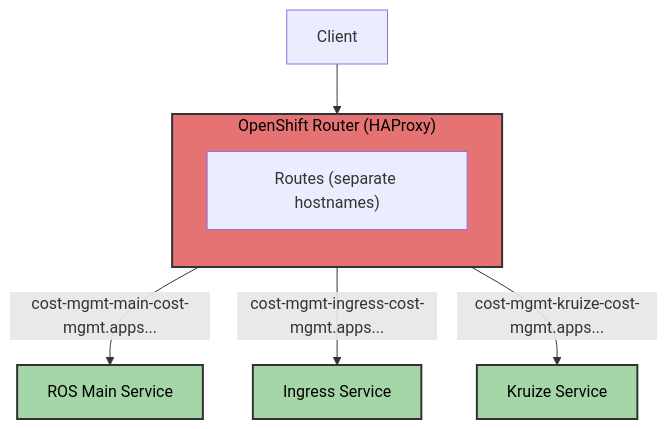
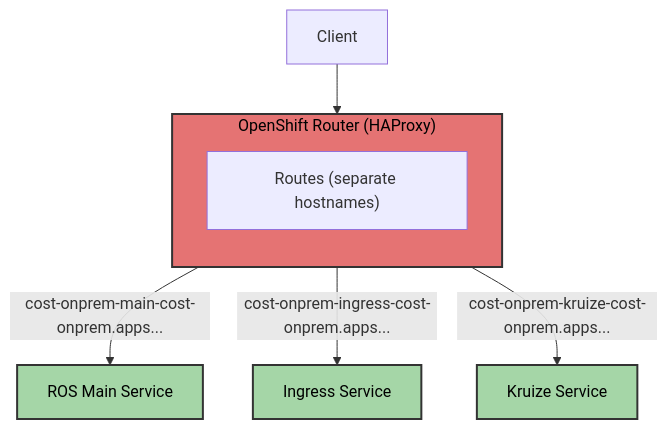
Before and after one commit to jordigilh/ros-helm-chart: the second of 2 diagrams in docs/platform-guide.md, drawn with Mermaid. The commit also changed other lines of this file and 25 other files, not shown here.

Commit message:
Use cost-onprem as chart name and default namespace

````diff
--- a/docs/platform-guide.md
+++ b/docs/platform-guide.md
@@ -205,18 +205,18 @@
 ```mermaid
 graph TB
     Client["Client"] --> Router
 
     subgraph Router["OpenShift Router (HAProxy)"]
         direction TB
         Routes["Routes (separate hostnames)"]
     end
 
-    Routes -->|"cost-mgmt-main-cost-mgmt.apps..."| Main["ROS Main Service"]
-    Routes -->|"cost-mgmt-ingress-cost-mgmt.apps..."| Ingress["Ingress Service"]
-    Routes -->|"cost-mgmt-kruize-cost-mgmt.apps..."| Kruize["Kruize Service"]
+    Routes -->|"cost-onprem-main-cost-onprem.apps..."| Main["ROS Main Service"]
+    Routes -->|"cost-onprem-ingress-cost-onprem.apps..."| Ingress["Ingress Service"]
+    Routes -->|"cost-onprem-kruize-cost-onprem.apps..."| Kruize["Kruize Service"]
 
     style Router fill:#e57373,stroke:#333,stroke-width:2px,color:#000
     style Main fill:#a5d6a7,stroke:#333,stroke-width:2px,color:#000
     style Ingress fill:#a5d6a7,stroke:#333,stroke-width:2px,color:#000
     style Kruize fill:#a5d6a7,stroke:#333,stroke-width:2px,color:#000
 ```
````
